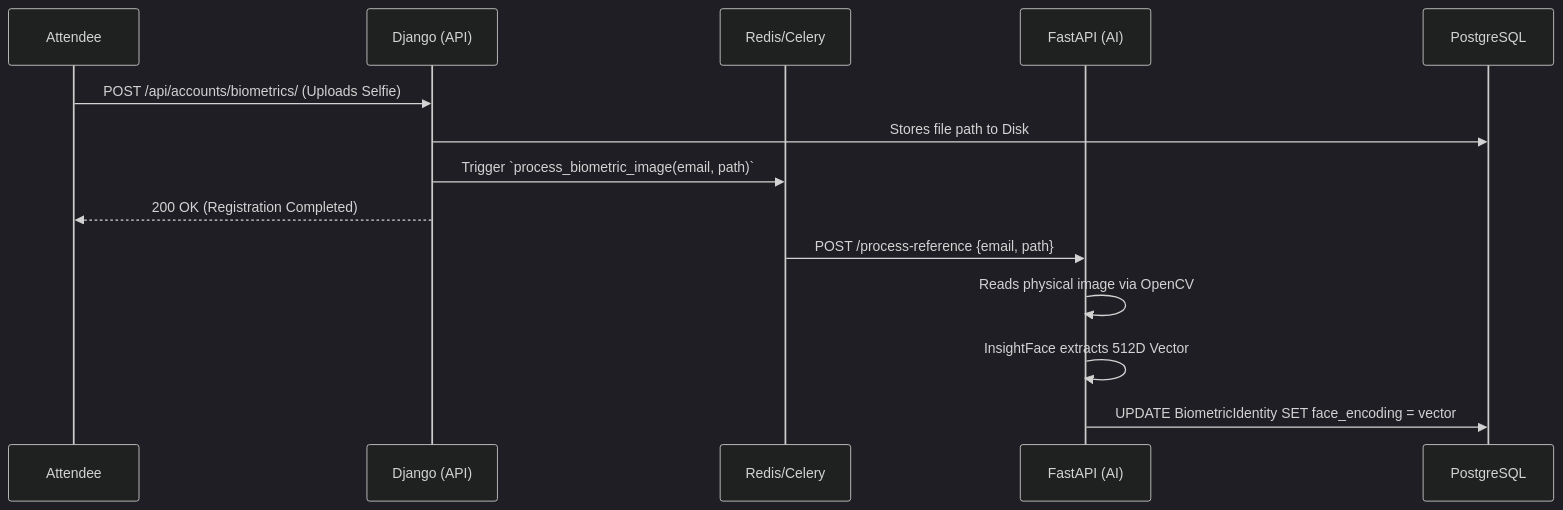
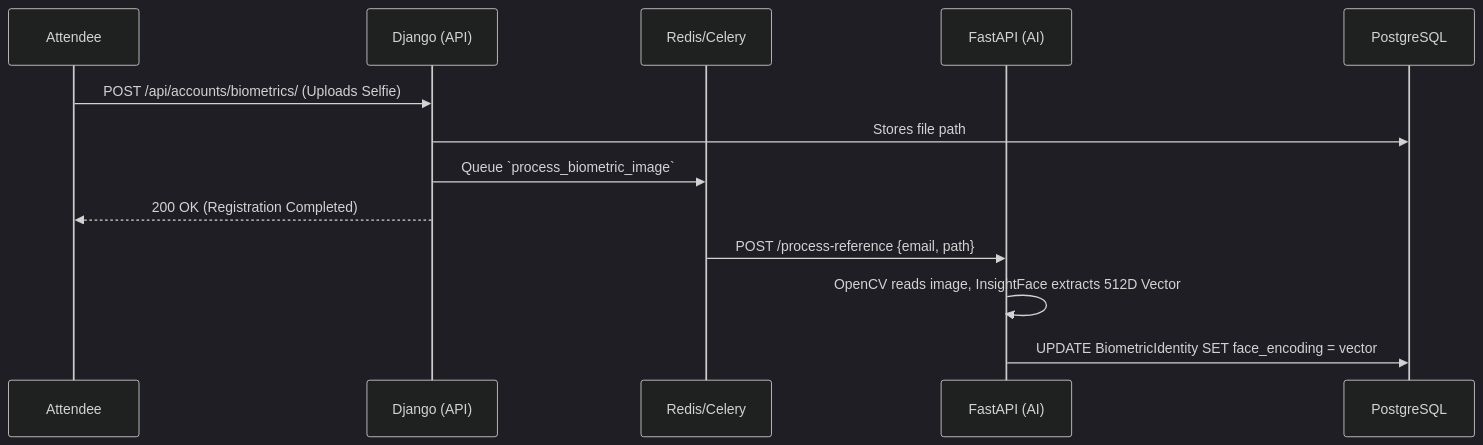
One commit to NeoEdge-Fusion-Tech/neoEventBackend changed the first of 3 diagrams in docs/neoevents_prd.md. Above: the diagram before and after it, drawn with Mermaid (dark theme). The commit also changed other lines of this file and 4 other files, not shown here.

````diff
--- a/docs/neoevents_prd.md
+++ b/docs/neoevents_prd.md
@@ -53,18 +99,17 @@
 ```mermaid
 sequenceDiagram
     participant Attendee
     participant Django (API)
     participant Redis/Celery
     participant FastAPI (AI)
     participant PostgreSQL
 
     Attendee->>Django (API): POST /api/accounts/biometrics/ (Uploads Selfie)
-    Django (API)->>PostgreSQL: Stores file path to Disk
-    Django (API)->>Redis/Celery: Trigger `process_biometric_image(email, path)`
+    Django (API)->>PostgreSQL: Stores file path
+    Django (API)->>Redis/Celery: Queue `process_biometric_image`
     Django (API)-->>Attendee: 200 OK (Registration Completed)
     
     Redis/Celery->>FastAPI (AI): POST /process-reference {email, path}
-    FastAPI (AI)->>FastAPI (AI): Reads physical image via OpenCV
-    FastAPI (AI)->>FastAPI (AI): InsightFace extracts 512D Vector
+    FastAPI (AI)->>FastAPI (AI): OpenCV reads image, InsightFace extracts 512D Vector
     FastAPI (AI)->>PostgreSQL: UPDATE BiometricIdentity SET face_encoding = vector
 ```
````
